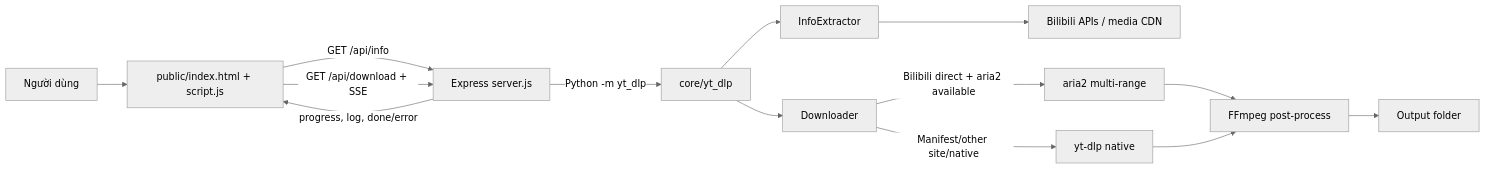
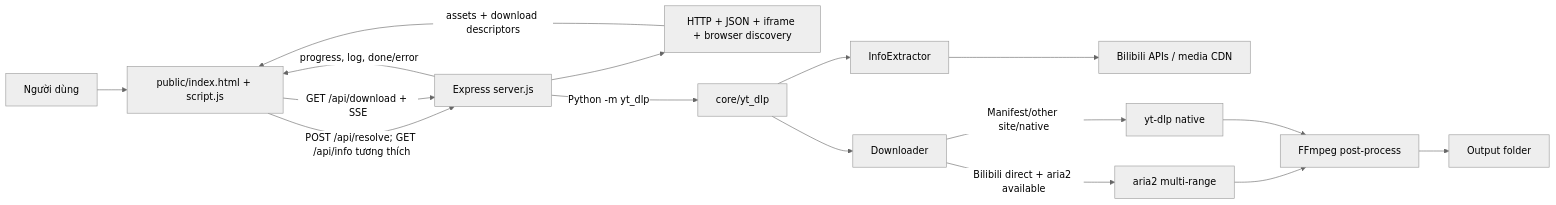
One commit to hiimkuroshi/EveryVideoDownloader changed the diagram in project-vault/02 - Architecture.md. Above: the diagram before and after it, drawn with Mermaid (neutral theme). The commit also changed other lines of this file and 55 other files, not shown here.

````diff
--- a/project-vault/02 - Architecture.md
+++ b/project-vault/02 - Architecture.md
@@ -25,16 +50,18 @@
 ```mermaid
 flowchart LR
     U[Người dùng] --> UI[public/index.html + script.js]
-    UI -->|GET /api/info| S[Express server.js]
+    UI -->|POST /api/resolve; GET /api/info tương thích| S[Express server.js]
+    S --> R[HTTP + JSON + iframe + browser discovery]
+    R -->|assets + download descriptors| UI
     UI -->|GET /api/download + SSE| S
     S -->|Python -m yt_dlp| Y[core/yt_dlp]
     Y --> E[InfoExtractor]
     E --> B[Bilibili APIs / media CDN]
     Y --> D[Downloader]
     D -->|Bilibili direct + aria2 available| A2[aria2 multi-range]
     D -->|Manifest/other site/native| N[yt-dlp native]
     A2 --> F[FFmpeg post-process]
     N --> F
     F --> O[Output folder]
     S -->|progress, log, done/error| UI
 ```
````
